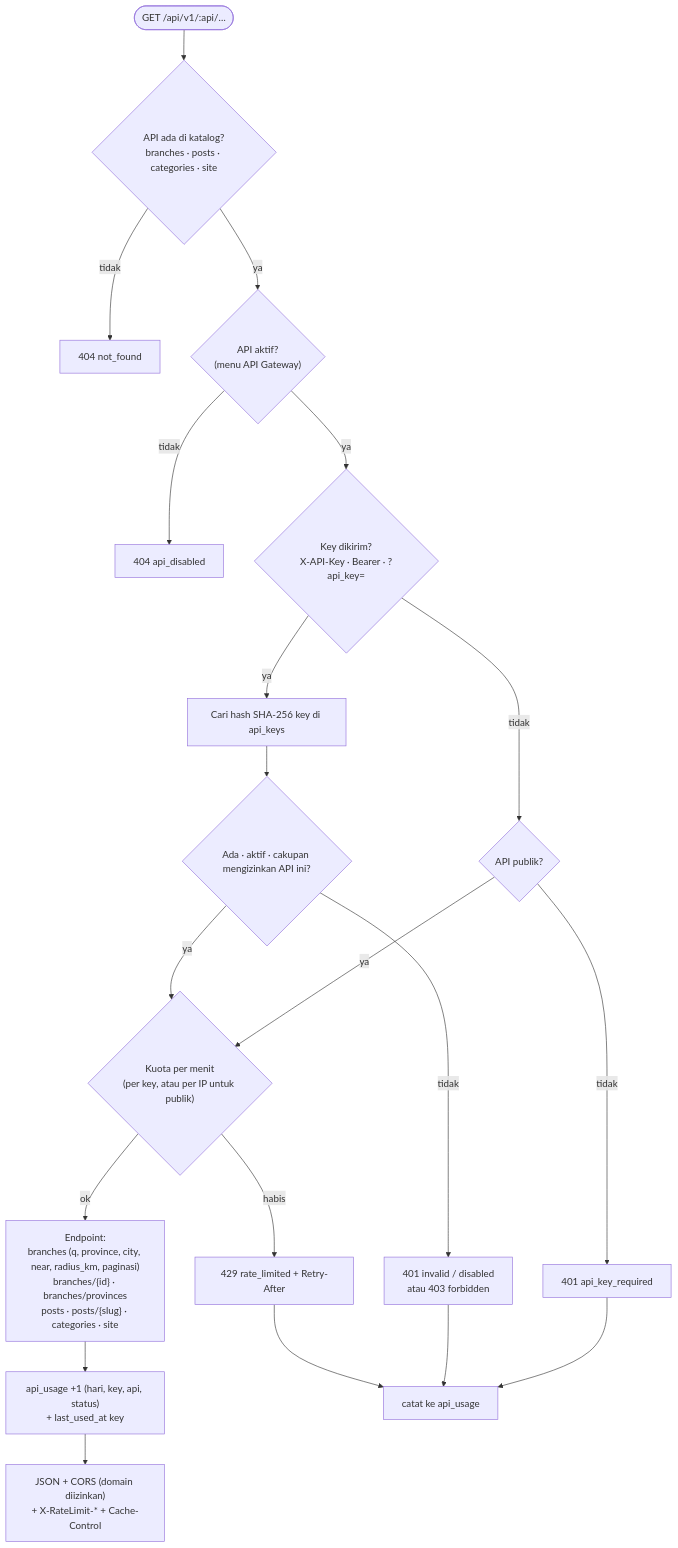
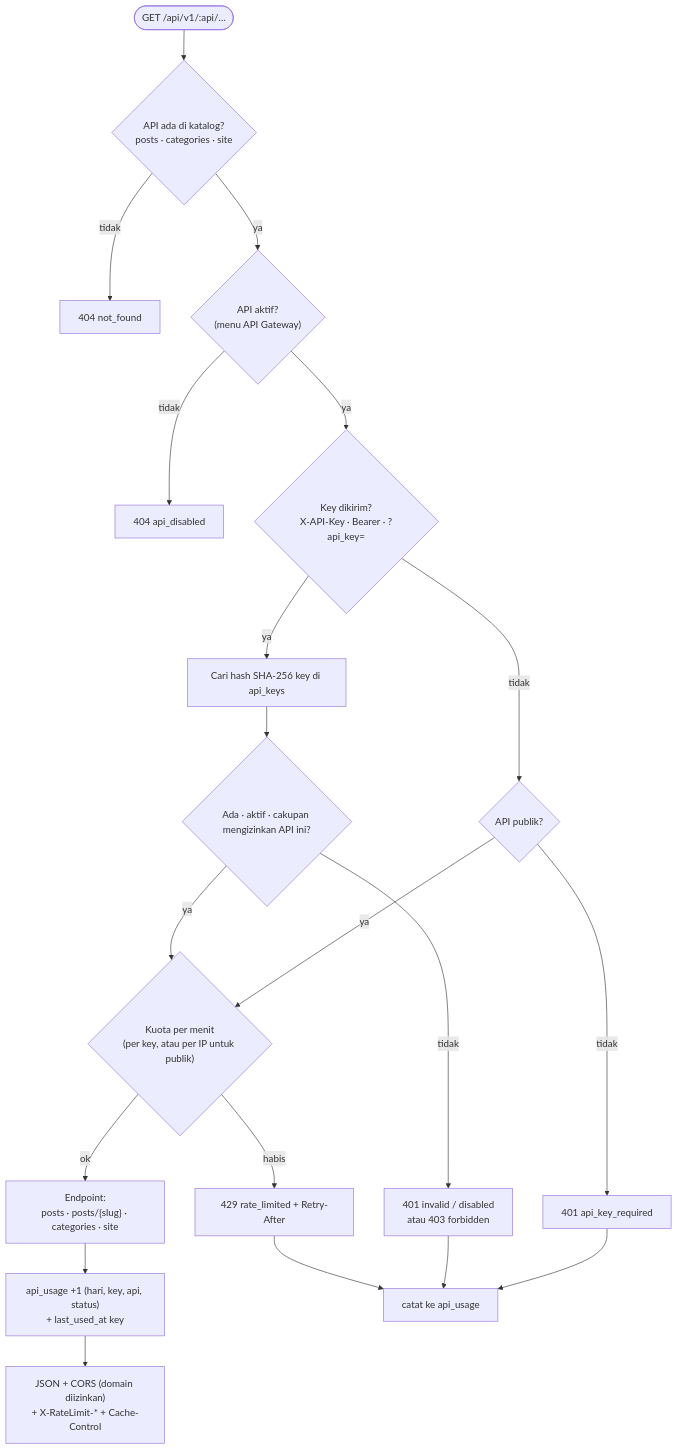
Before and after one commit to alvarezyrh/DCMS: diagram 11 of 15 in README.md, drawn with Mermaid. The commit also changed other lines of this file and 25 other files, not shown here.

````diff
--- a/README.md
+++ b/README.md
@@ -506,20 +514,20 @@
 ```mermaid
 flowchart TD
-    Q(["GET /api/v1/:api/…"]) --> C1{"API ada di katalog?<br/>branches · posts · categories · site"}
+    Q(["GET /api/v1/:api/…"]) --> C1{"API ada di katalog?<br/>posts · categories · site"}
     C1 -- tidak --> E404["404 not_found"]
     C1 -- ya --> C2{"API aktif?<br/>(menu API Gateway)"}
     C2 -- tidak --> E404b["404 api_disabled"]
     C2 -- ya --> K{"Key dikirim?<br/>X-API-Key · Bearer · ?api_key="}
     K -- tidak --> PUB{"API publik?"}
     PUB -- tidak --> E401["401 api_key_required"]
     PUB -- ya --> RL
     K -- ya --> HK["Cari hash SHA-256 key di api_keys"]
     HK --> V{"Ada · aktif · cakupan mengizinkan API ini?"}
     V -- tidak --> E4013["401 invalid / disabled<br/>atau 403 forbidden"]
     V -- ya --> RL{"Kuota per menit<br/>(per key, atau per IP untuk publik)"}
     RL -- habis --> E429["429 rate_limited + Retry-After"]
-    RL -- ok --> EP["Endpoint:<br/>branches (q, province, city, near, radius_km, paginasi)<br/>branches/{id} · branches/provinces<br/>posts · posts/{slug} · categories · site"]
+    RL -- ok --> EP["Endpoint:<br/>posts · posts/{slug} · categories · site"]
     EP --> LOG["api_usage +1 (hari, key, api, status)<br/>+ last_used_at key"]
     LOG --> RES["JSON + CORS (domain diizinkan)<br/>+ X-RateLimit-* + Cache-Control"]
     E401 & E4013 & E429 --> LOG2["catat ke api_usage"]
 ```
````
